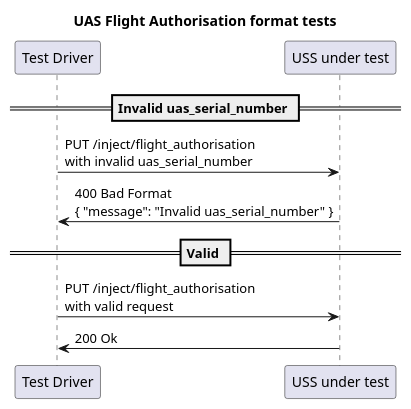
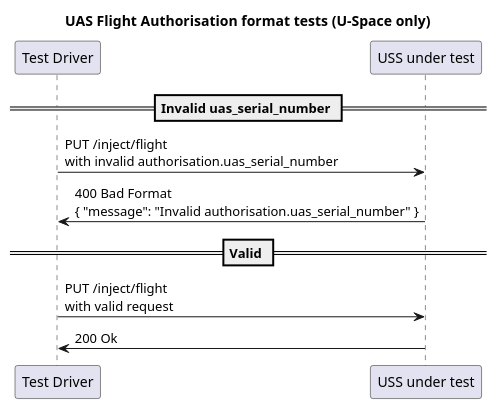
The diagram in interfaces/automated-testing/scd/design/format/uas_flight_authorization.plantuml (interuss/dss), drawn with PlantUML before and after one commit. The commit also changed 1 other file, not shown here.

Commit message:
[automated-testing/scd] Change endpoints to /flight to represent operator intention

```diff
--- a/interfaces/automated-testing/scd/design/format/uas_flight_authorization.plantuml
+++ b/interfaces/automated-testing/scd/design/format/uas_flight_authorization.plantuml
@@ -1,14 +1,14 @@
 @startuml
-title UAS Flight Authorisation format tests
+title UAS Flight Authorisation format tests (U-Space only)
 
 participant "Test Driver" as TD
 participant "USS under test" as USS
 
 == Invalid uas_serial_number ==
-TD -> USS: PUT /inject/flight_authorisation\nwith invalid uas_serial_number
-TD <- USS: 400 Bad Format\n{ "message": "Invalid uas_serial_number" }
+TD -> USS: PUT /inject/flight\nwith invalid authorisation.uas_serial_number
+TD <- USS: 400 Bad Format\n{ "message": "Invalid authorisation.uas_serial_number" }
 
 == Valid ==
-TD -> USS: PUT /inject/flight_authorisation\nwith valid request
+TD -> USS: PUT /inject/flight\nwith valid request
 TD <- USS: 200 Ok
 @enduml
```
